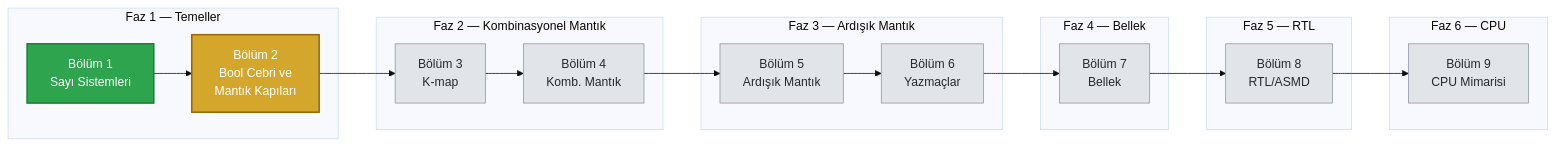
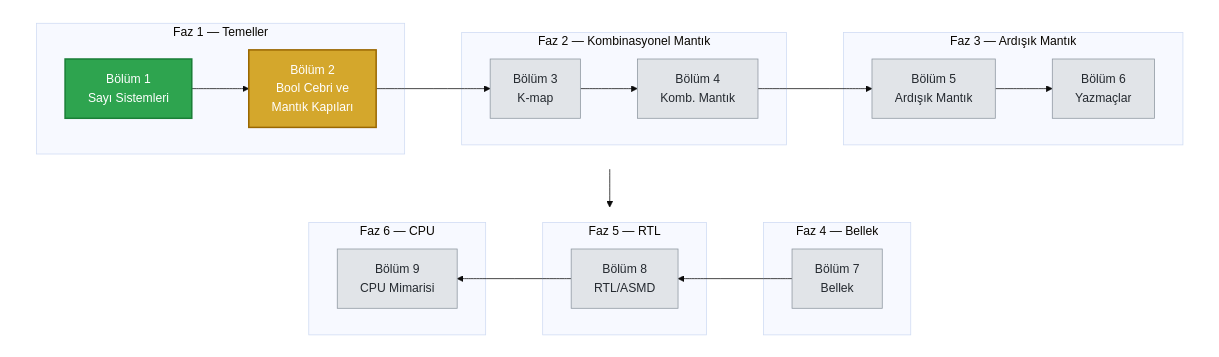
The diagram in README.md (SafakSahinn/sifirdan-islemciye), drawn with Mermaid (base theme) before and after one commit. The commit also changed other lines of this file and 1 other file, not shown here.

Commit message:
README: ilerleme diyagramını çizimdeki gibi iki satıra al, XeLaTeX logosu ekle
- Faz kutuları korunarak (etiketleriyle birlikte) Faz 3 sonrası ok aşağı
  dönüp Faz 6→5→4 sırayla sağdan sola ikinci satırda devam ediyor
  (kullanıcının elle çizdiği taslağa göre, push öncesi mermaid.ink ile
  doğrulandı)
- XeLaTeX artık gerçek logo dosyasıyla gösteriliyor (rozet yerine)
- Tüm araç logoları büyütüldü (28px -> 40px)

````diff
--- a/README.md
+++ b/README.md
@@ -22,34 +22,45 @@
 ```mermaid
-flowchart LR
-    subgraph F1["Faz 1 — Temeller"]
-        B1["Bölüm 1<br/>Sayı Sistemleri"]
-        B2["Bölüm 2<br/>Bool Cebri ve<br/>Mantık Kapıları"]
-    end
-    subgraph F2["Faz 2 — Kombinasyonel Mantık"]
-        B3["Bölüm 3<br/>K-map"]
-        B4["Bölüm 4<br/>Komb. Mantık"]
-    end
-    subgraph F3["Faz 3 — Ardışık Mantık"]
-        B5["Bölüm 5<br/>Ardışık Mantık"]
-        B6["Bölüm 6<br/>Yazmaçlar"]
-    end
-    subgraph F4["Faz 4 — Bellek"]
-        B7["Bölüm 7<br/>Bellek"]
-    end
-    subgraph F5["Faz 5 — RTL"]
-        B8["Bölüm 8<br/>RTL/ASMD"]
-    end
-    subgraph F6["Faz 6 — CPU"]
-        B9["Bölüm 9<br/>CPU Mimarisi"]
+flowchart TD
+    subgraph Row1[" "]
+        direction LR
+        subgraph F1["Faz 1 — Temeller"]
+            B1["Bölüm 1<br/>Sayı Sistemleri"]
+            B2["Bölüm 2<br/>Bool Cebri ve<br/>Mantık Kapıları"]
+        end
+        subgraph F2["Faz 2 — Kombinasyonel Mantık"]
+            B3["Bölüm 3<br/>K-map"]
+            B4["Bölüm 4<br/>Komb. Mantık"]
+        end
+        subgraph F3["Faz 3 — Ardışık Mantık"]
+            B5["Bölüm 5<br/>Ardışık Mantık"]
+            B6["Bölüm 6<br/>Yazmaçlar"]
+        end
+        B1 --> B2 --> B3 --> B4 --> B5 --> B6
     end
 
-    B1 --> B2 --> B3 --> B4 --> B5 --> B6 --> B7 --> B8 --> B9
+    subgraph Row2[" "]
+        direction RL
+        subgraph F6["Faz 6 — CPU"]
+            B9["Bölüm 9<br/>CPU Mimarisi"]
+        end
+        subgraph F5["Faz 5 — RTL"]
+            B8["Bölüm 8<br/>RTL/ASMD"]
+        end
+        subgraph F4["Faz 4 — Bellek"]
+            B7["Bölüm 7<br/>Bellek"]
+        end
+        B7 --> B8 --> B9
+    end
+
+    B6 --> B7
 
     class B1 done
     class B2 progress
     class B3,B4,B5,B6,B7,B8,B9 todo
 
     classDef done fill:#2ea44f,stroke:#1a7f37,color:#ffffff,stroke-width:2px
     classDef progress fill:#d4a72c,stroke:#9a6700,color:#ffffff,stroke-width:2px
     classDef todo fill:#e1e4e8,stroke:#8c959f,color:#24292f,stroke-width:1px
+    style Row1 fill:transparent,stroke:transparent
+    style Row2 fill:transparent,stroke:transparent
 ```
````
